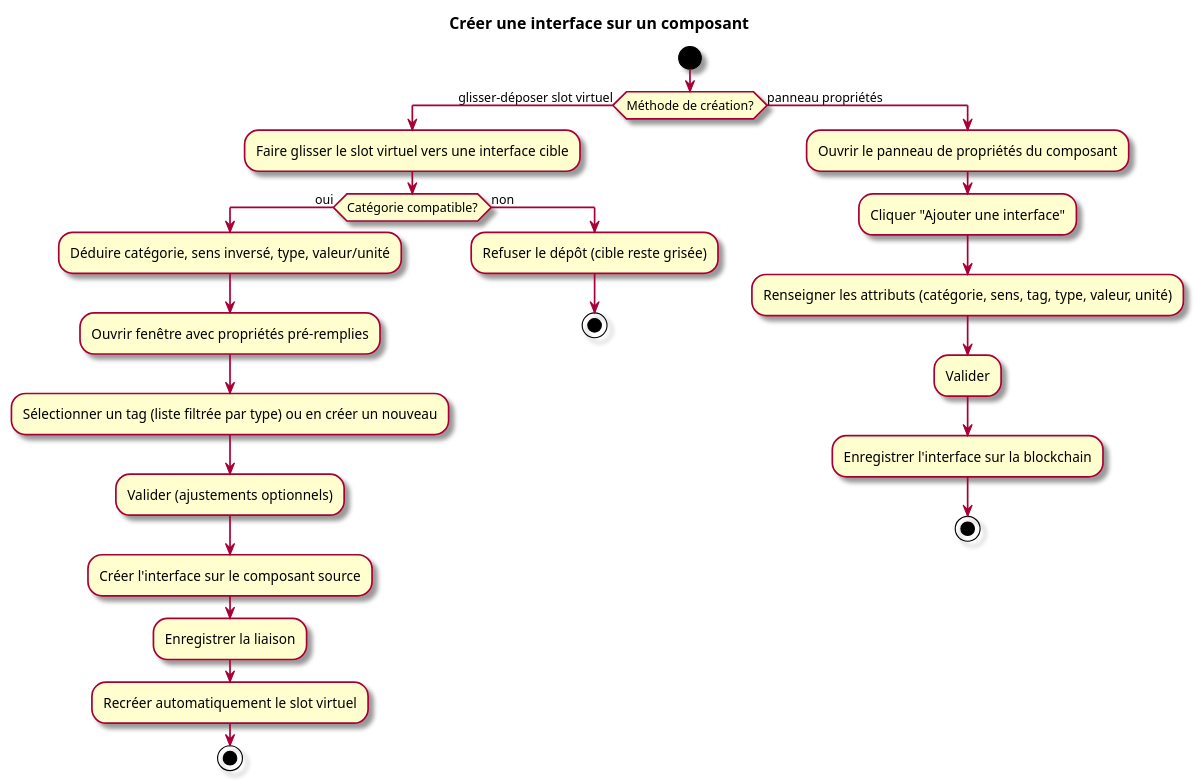
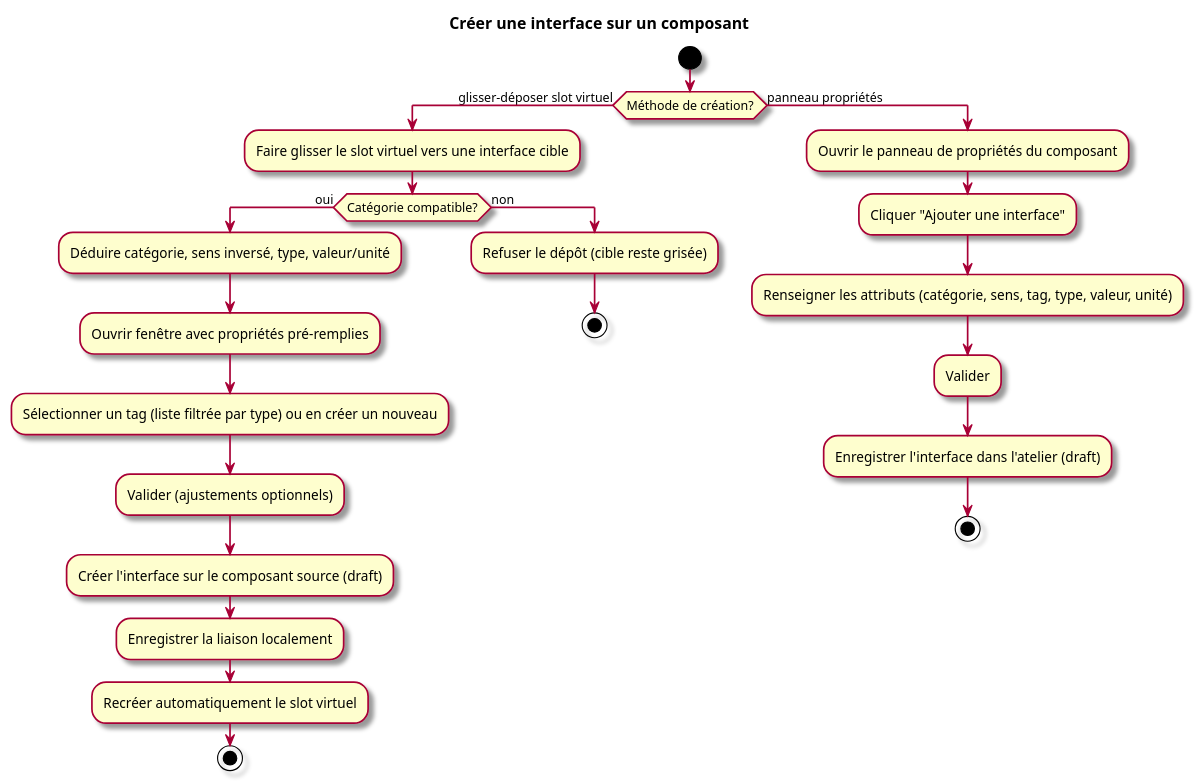
Before and after one commit to olivaux/myr: the second of 2 diagrams in specs/1-Expression/UCAM-Atelier_Module/UCAM03.md, drawn with PlantUML. The commit also changed other lines of this file, not shown here.

````diff
--- a/specs/1-Expression/UCAM-Atelier_Module/UCAM03.md
+++ b/specs/1-Expression/UCAM-Atelier_Module/UCAM03.md
@@ -96,30 +95,30 @@
 ```plantuml
 @startuml
 skin rose
 title Créer une interface sur un composant
 start
 if (Méthode de création?) then (glisser-déposer slot virtuel)
   :Faire glisser le slot virtuel vers une interface cible;
   if (Catégorie compatible?) then (oui)
     :Déduire catégorie, sens inversé, type, valeur/unité;
     :Ouvrir fenêtre avec propriétés pré-remplies;
     :Sélectionner un tag (liste filtrée par type) ou en créer un nouveau;
     :Valider (ajustements optionnels);
-    :Créer l'interface sur le composant source;
-    :Enregistrer la liaison;
+    :Créer l'interface sur le composant source (draft);
+    :Enregistrer la liaison localement;
     :Recréer automatiquement le slot virtuel;
     stop
   else (non)
     :Refuser le dépôt (cible reste grisée);
     stop
   endif
 else (panneau propriétés)
   :Ouvrir le panneau de propriétés du composant;
   :Cliquer "Ajouter une interface";
   :Renseigner les attributs (catégorie, sens, tag, type, valeur, unité);
   :Valider;
-  :Enregistrer l'interface sur la blockchain;
+  :Enregistrer l'interface dans l'atelier (draft);
   stop
 endif
 @enduml
 ```
````
